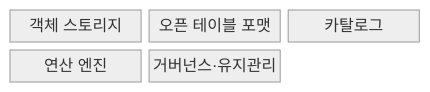
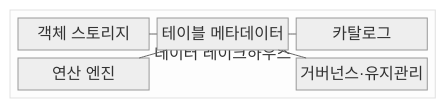
Before and after one commit to agnusdei1207/knowledge-base: the first of 2 diagrams in src/content/docs/notes/03-software/126_data_lakehouse.md, drawn with Mermaid (neutral theme). The commit also changed other lines of this file and 20 other files, not shown here.

````diff
--- a/src/content/docs/notes/03-software/126_data_lakehouse.md
+++ b/src/content/docs/notes/03-software/126_data_lakehouse.md
@@ -59,9 +60,17 @@
 ```mermaid
-block-beta
-  columns 3
-  O["객체 스토리지"]
-  T["오픈 테이블 포맷"]
-  C["카탈로그"]
-  E["연산 엔진"]
-  G["거버넌스·유지관리"]
+block
+    columns 1
+    block:LH["데이터 레이크하우스"]
+        columns 3
+        O["객체 스토리지"]
+        T["테이블 메타데이터"]
+        C["카탈로그"]
+        E["연산 엔진"]
+        space
+        G["거버넌스·유지관리"]
+    end
+    O --- T
+    T --- C
+    T --- E
+    T --- G
 ```
````
